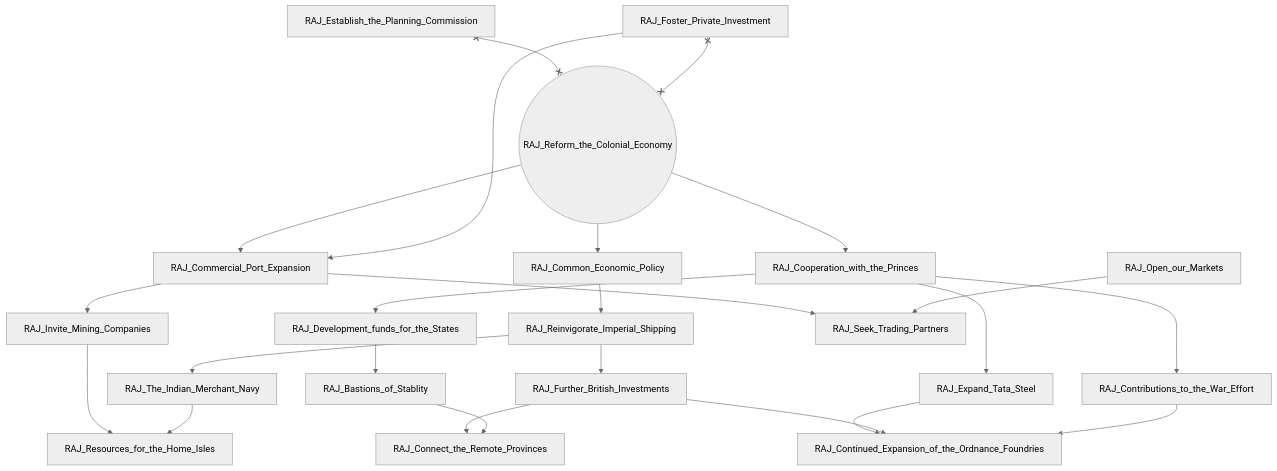
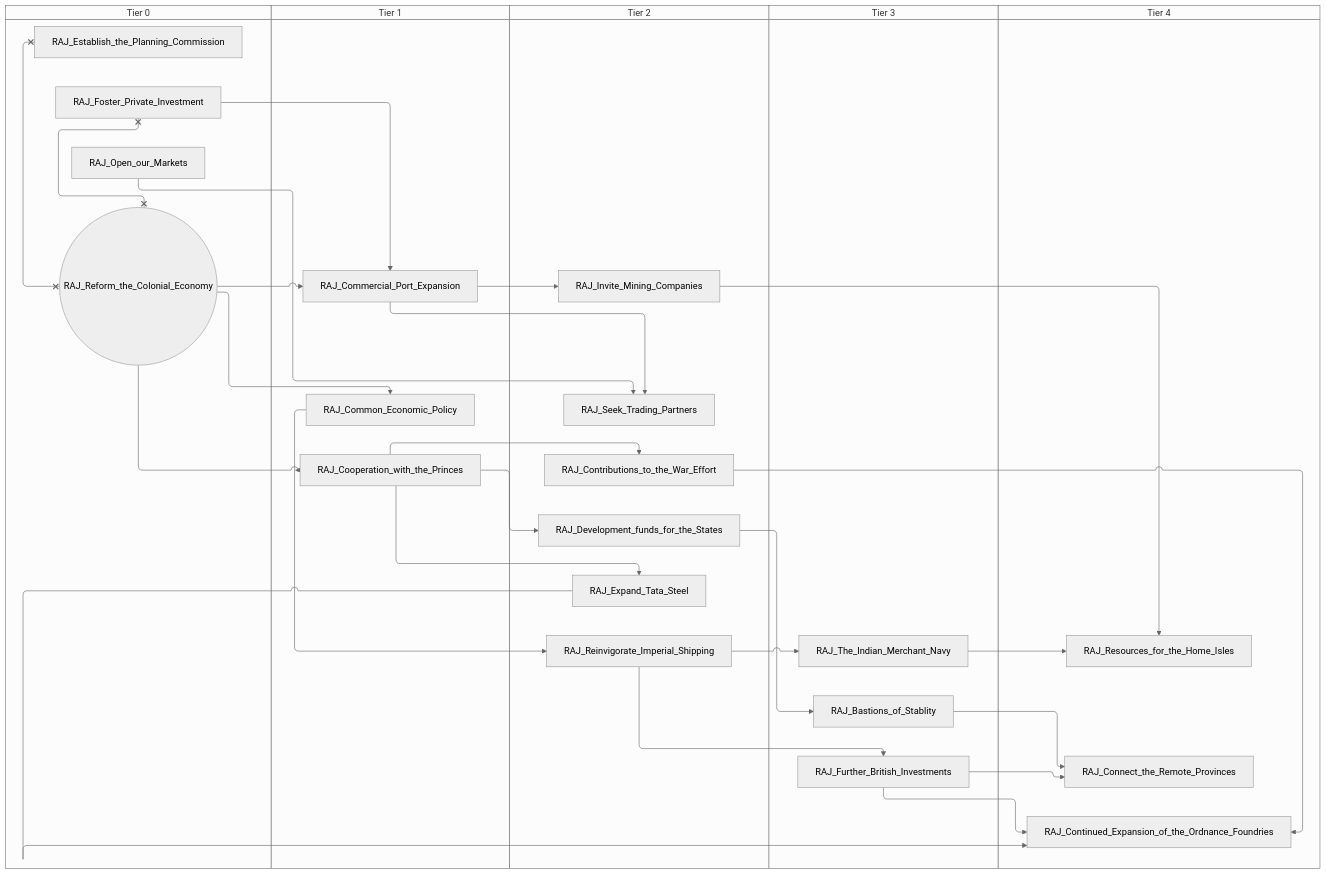
Before and after one commit to evgeny-sobol/hoi4-sandbox-mode-r56: the third of 7 diagrams in docs/gdd/National Focuses/r56/r56_india_shared.md, drawn with Mermaid (neutral theme). The commit also changed other lines of this file and 423 other files, not shown here.

First line of the commit message:
Re-export Rt56 focus trees as swimlane diagrams

````diff
--- a/docs/gdd/National Focuses/r56/r56_india_shared.md
+++ b/docs/gdd/National Focuses/r56/r56_india_shared.md
@@ -169,45 +199,55 @@
 ```mermaid
-flowchart TD
-    n42["RAJ_Bastions_of_Stablity"]
-    n34["RAJ_Commercial_Port_Expansion"]
-    n43["RAJ_Common_Economic_Policy"]
-    n44["RAJ_Connect_the_Remote_Provinces"]
-    n45["RAJ_Continued_Expansion_of_the_Ordnance_Foundries"]
-    n46["RAJ_Contributions_to_the_War_Effort"]
-    n47["RAJ_Cooperation_with_the_Princes"]
-    n48["RAJ_Development_funds_for_the_States"]
-    n9["RAJ_Establish_the_Planning_Commission"]
-    n49["RAJ_Expand_Tata_Steel"]
-    n12["RAJ_Foster_Private_Investment"]
-    n50["RAJ_Further_British_Investments"]
-    n35["RAJ_Invite_Mining_Companies"]
-    n36["RAJ_Open_our_Markets"]
-    n27(("RAJ_Reform_the_Colonial_Economy"))
-    n51["RAJ_Reinvigorate_Imperial_Shipping"]
-    n37["RAJ_Resources_for_the_Home_Isles"]
-    n39["RAJ_Seek_Trading_Partners"]
-    n41["RAJ_The_Indian_Merchant_Navy"]
-    n48 --> n42
-    n27 --> n34
-    n12 --> n34
-    n27 --> n43
-    n50 --> n44
-    n42 --> n44
-    n49 --> n45
-    n50 --> n45
-    n46 --> n45
-    n47 --> n46
-    n27 --> n47
-    n47 --> n48
+swimlane-beta TD
+    subgraph tier_0["Tier 0"]
+        n2["RAJ_Establish_the_Planning_Commission"]
+        n3["RAJ_Foster_Private_Investment"]
+        n36["RAJ_Open_our_Markets"]
+        n5(("RAJ_Reform_the_Colonial_Economy"))
+    end
+    subgraph tier_1["Tier 1"]
+        n35["RAJ_Commercial_Port_Expansion"]
+        n42["RAJ_Common_Economic_Policy"]
+        n43["RAJ_Cooperation_with_the_Princes"]
+    end
+    subgraph tier_2["Tier 2"]
+        n44["RAJ_Contributions_to_the_War_Effort"]
+        n45["RAJ_Development_funds_for_the_States"]
+        n46["RAJ_Expand_Tata_Steel"]
+        n37["RAJ_Invite_Mining_Companies"]
+        n47["RAJ_Reinvigorate_Imperial_Shipping"]
+        n39["RAJ_Seek_Trading_Partners"]
+    end
+    subgraph tier_3["Tier 3"]
+        n48["RAJ_Bastions_of_Stablity"]
+        n49["RAJ_Further_British_Investments"]
+        n34["RAJ_The_Indian_Merchant_Navy"]
+    end
+    subgraph tier_4["Tier 4"]
+        n50["RAJ_Connect_the_Remote_Provinces"]
+        n51["RAJ_Continued_Expansion_of_the_Ordnance_Foundries"]
+        n40["RAJ_Resources_for_the_Home_Isles"]
+    end
+    n45 --> n48
+    n5 --> n35
+    n3 --> n35
+    n5 --> n42
+    n49 --> n50
+    n48 --> n50
+    n46 --> n51
+    n49 --> n51
+    n44 --> n51
+    n43 --> n44
+    n5 --> n43
+    n43 --> n45
+    n43 --> n46
     n47 --> n49
-    n51 --> n50
-    n34 --> n35
-    n43 --> n51
     n35 --> n37
-    n41 --> n37
-    n34 --> n39
+    n42 --> n47
+    n37 --> n40
+    n34 --> n40
+    n35 --> n39
     n36 --> n39
-    n51 --> n41
-    n9 x--x n27
-    n12 x--x n27
+    n47 --> n34
+    n2 x--x n5
+    n3 x--x n5
 ```
````
